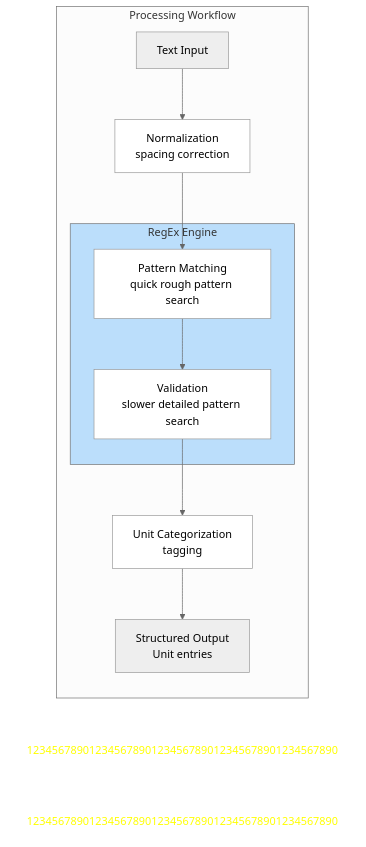
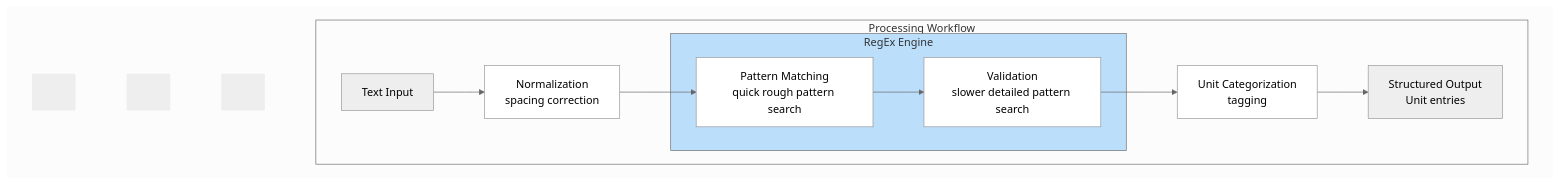
The diagram in seanox_ai_nlp/units/README.md (seanox/seanox-ai-nlp), drawn with Mermaid before and after one commit.

Commit message:
#0000 Documentation: Update of content

````diff
--- a/seanox_ai_nlp/units/README.md
+++ b/seanox_ai_nlp/units/README.md
@@ -705,31 +705,39 @@
 ```mermaid
 ---
 config:
   theme: neutral
 ---
-flowchart LR
-    R["12345678901234567890123456789012345678901234567890"]
-    subgraph subGraphWorkflow["Processing Workflow"]
-        A["Text Input"]
-        B["Normalization<br/>spacing correction"]
-        subgraph subGraphRegExEngine["RegEx Engine"]
-            C["Pattern Matching<br/>quick rough pattern search"]
-            D["Validation<br/>slower detailed pattern search"]
+flowchart TD
+    subgraph subGraphFrame[" &nbsp; "]
+        F1[" &nbsp; "]
+        F2[" &nbsp; "]
+        F3[" &nbsp; "]
+        subgraph subGraphWorkflow["Processing Workflow"]
+            A["Text Input"]
+            B["Normalization<br/>spacing correction"]
+            subgraph subGraphRegExEngine["RegEx Engine"]
+                C["Pattern Matching<br/>quick rough pattern search"]
+                D["Validation<br/>slower detailed pattern search"]
+            end
+            E["Unit Categorization<br/>tagging"]
+            F["Structured Output<br>Unit entries"]
         end
-        E["Unit Categorization<br/>tagging"]
-        F["Structured Output<br>Unit entries"]
     end
-    L["12345678901234567890123456789012345678901234567890"]
+    F1 ~~~ F2
+    F2 ~~~ F3
+    F3 ~~~ A
     A --> B
     B --> C
     C --> D
     D --> E
     E --> F
     style subGraphRegExEngine fill:#BBDEFB  
     style B fill:#FFFFFF
     style C fill:#FFFFFF
     style D fill:#FFFFFF
     style E fill:#FFFFFF
-    style L fill:#FFFFFF,stroke:#FFFFFF,stroke-width:0px,color:#FFFF00
-    style R fill:#FFFFFF,stroke:#FFFFFF,stroke-width:0px,color:#FFFF00
+    style subGraphFrame fill:FFFFFF,stroke:#FFFFFF,stroke-width:0px,color:#FF0000
+    style F1 fill:FFFFFF,stroke-width:1px,stroke-dasharray: 0,stroke:none
+    style F2 fill:FFFFFF,stroke-width:1px,stroke-dasharray: 0,stroke:none
+    style F3 fill:FFFFFF,stroke-width:1px,stroke-dasharray: 0,stroke:none
 ```
````
